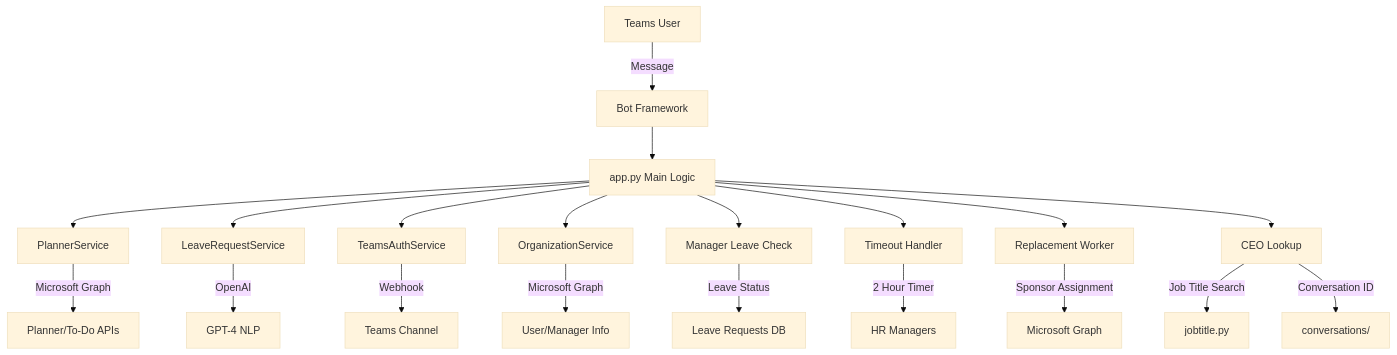
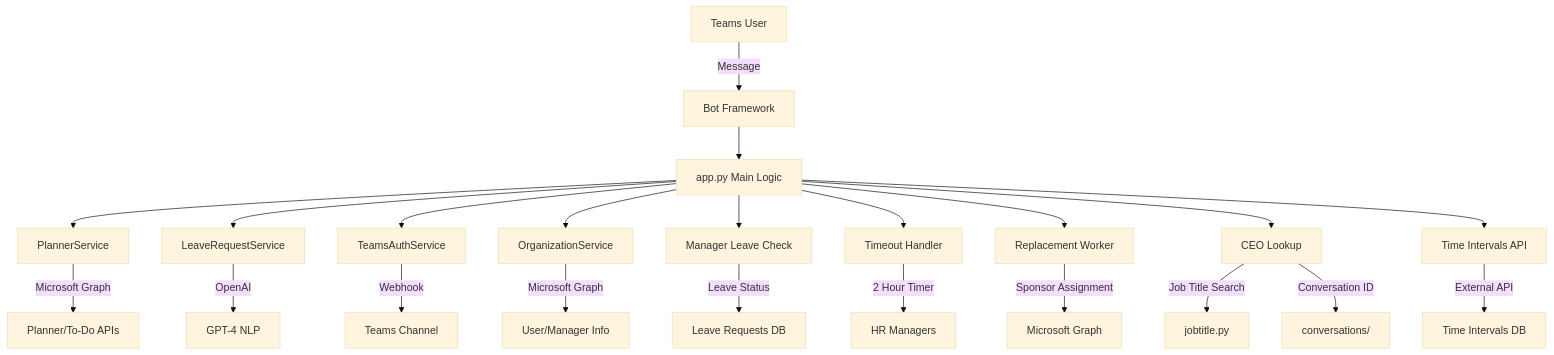
The diagram in README.md (Tuvshinjarga1/pmt-bro-01), drawn with Mermaid (base theme) before and after one commit. The commit also changed other lines of this file and 1 other file, not shown here.

Commit message:
interval api

````diff
--- a/README.md
+++ b/README.md
@@ -254,23 +313,25 @@
 ```mermaid
 graph TD
     A[Teams User] -->|Message| B[Bot Framework]
     B --> C[app.py Main Logic]
     C --> D[PlannerService]
     C --> E[LeaveRequestService]
     C --> F[TeamsAuthService]
     C --> G[OrganizationService]
     C --> L[Manager Leave Check]
     C --> M[Timeout Handler]
     C --> N[Replacement Worker]
     C --> R[CEO Lookup]
+    C --> U[Time Intervals API]
 
     D -->|Microsoft Graph| H[Planner/To-Do APIs]
     E -->|OpenAI| I[GPT-4 NLP]
     F -->|Webhook| J[Teams Channel]
     G -->|Microsoft Graph| K[User/Manager Info]
     L -->|Leave Status| O[Leave Requests DB]
     M -->|2 Hour Timer| P[HR Managers]
     N -->|Sponsor Assignment| Q[Microsoft Graph]
     R -->|Job Title Search| S[jobtitle.py]
     R -->|Conversation ID| T[conversations/]
+    U -->|External API| V[Time Intervals DB]
 ```
````
